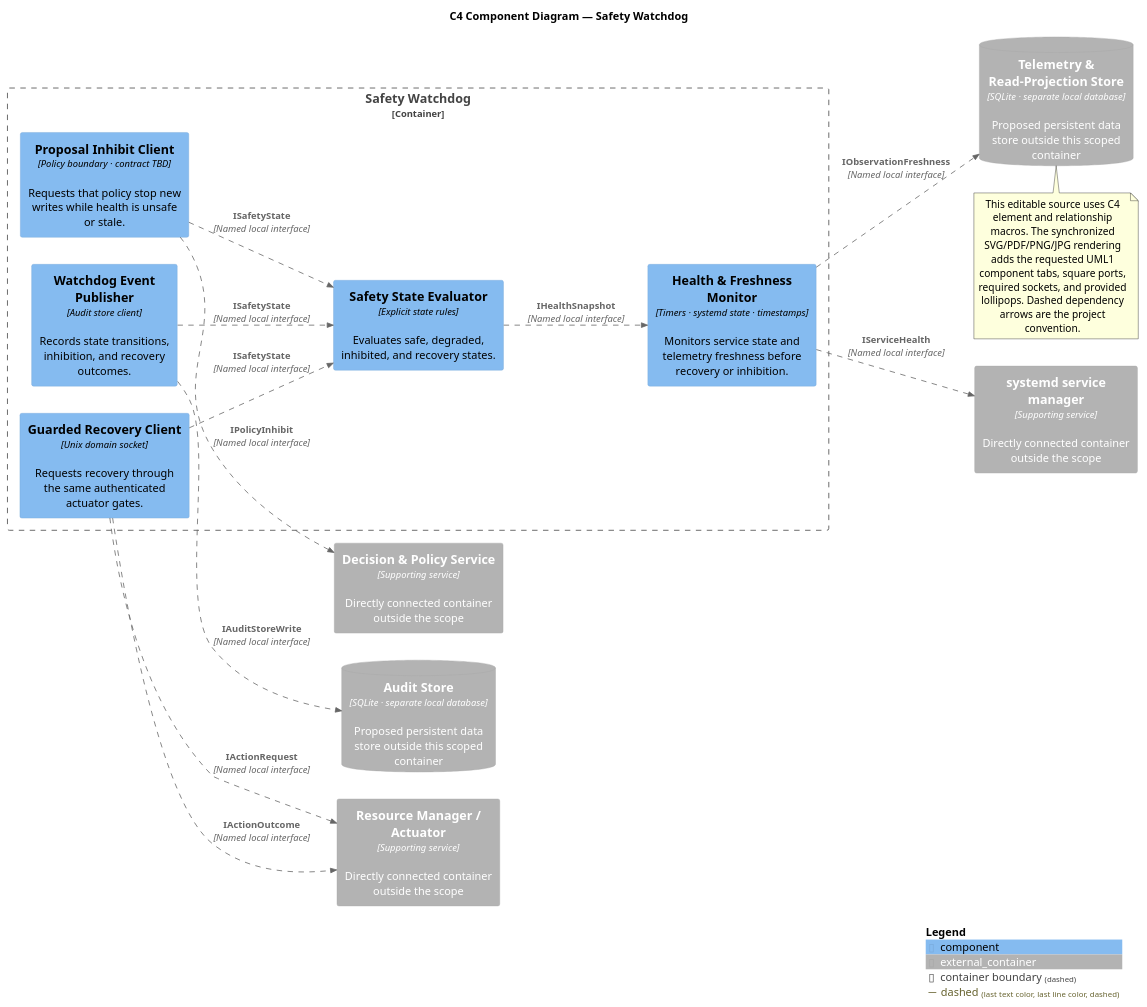
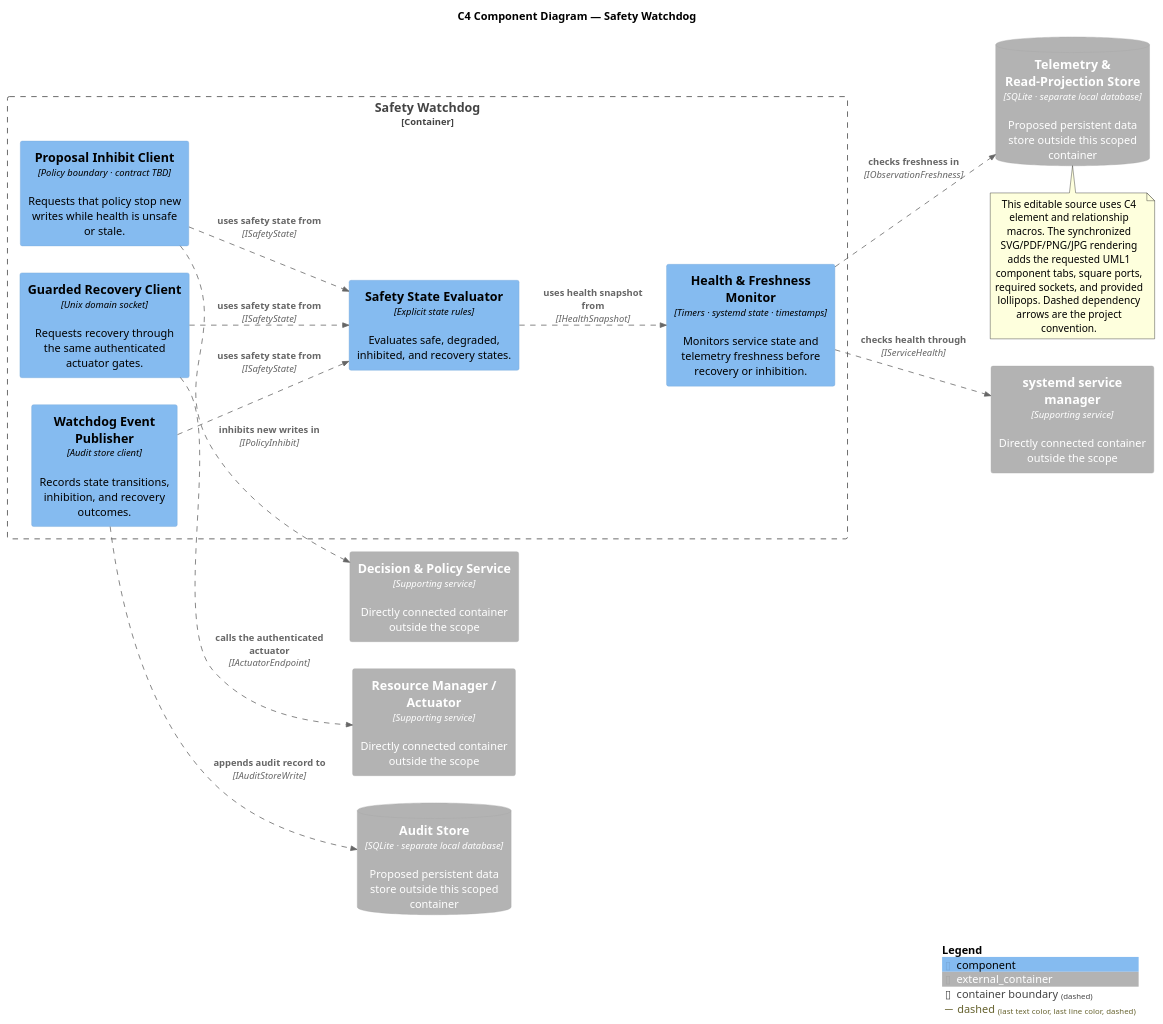
One commit to Ammar-M-Eid/AIOS changed the diagram in documentation/architecture/c4/09_c4_safety_watchdog_components.puml. Above: the diagram before and after it, drawn with PlantUML. The commit also changed 30 other files, not shown here.

```diff
--- a/documentation/architecture/c4/09_c4_safety_watchdog_components.puml
+++ b/documentation/architecture/c4/09_c4_safety_watchdog_components.puml
@@ -1,33 +1,32 @@
 @startuml
 !include <C4/C4_Component>
 skinparam componentStyle uml1
 title C4 Component Diagram — Safety Watchdog
 LAYOUT_LEFT_RIGHT()
 AddRelTag("dashed", $lineStyle=DashedLine())
 Container_Boundary(scope, "Safety Watchdog") {
   Component(C1, "Health & Freshness Monitor", "Timers · systemd state · timestamps", "Monitors service state and telemetry freshness before recovery or inhibition.")
   Component(C2, "Safety State Evaluator", "Explicit state rules", "Evaluates safe, degraded, inhibited, and recovery states.")
   Component(C3, "Proposal Inhibit Client", "Policy boundary · contract TBD", "Requests that policy stop new writes while health is unsafe or stale.")
   Component(C4, "Guarded Recovery Client", "Unix domain socket", "Requests recovery through the same authenticated actuator gates.")
   Component(C5, "Watchdog Event Publisher", "Audit store client", "Records state transitions, inhibition, and recovery outcomes.")
 }
 Container_Ext(S1, "Decision & Policy Service", "Supporting service", "Directly connected container outside the scope")
 Container_Ext(S2, "Resource Manager / Actuator", "Supporting service", "Directly connected container outside the scope")
 ContainerDb_Ext(S3, "Audit Store", "SQLite · separate local database", "Proposed persistent data store outside this scoped container")
 Container_Ext(S4, "systemd service manager", "Supporting service", "Directly connected container outside the scope")
 ContainerDb_Ext(S5, "Telemetry & Read-Projection Store", "SQLite · separate local database", "Proposed persistent data store outside this scoped container")
-Rel(C2, C1, "IHealthSnapshot", "Named local interface", $tags="dashed")
-Rel(C3, C2, "ISafetyState", "Named local interface", $tags="dashed")
-Rel(C4, C2, "ISafetyState", "Named local interface", $tags="dashed")
-Rel(C3, S1, "IPolicyInhibit", "Named local interface", $tags="dashed")
-Rel(C4, S2, "IActionRequest", "Named local interface", $tags="dashed")
-Rel(C4, S2, "IActionOutcome", "Named local interface", $tags="dashed")
-Rel(C5, C2, "ISafetyState", "Named local interface", $tags="dashed")
-Rel(C5, S3, "IAuditStoreWrite", "Named local interface", $tags="dashed")
-Rel(C1, S4, "IServiceHealth", "Named local interface", $tags="dashed")
-Rel(C1, S5, "IObservationFreshness", "Named local interface", $tags="dashed")
+Rel(C2, C1, "uses health snapshot from", "IHealthSnapshot", $tags="dashed")
+Rel(C3, C2, "uses safety state from", "ISafetyState", $tags="dashed")
+Rel(C4, C2, "uses safety state from", "ISafetyState", $tags="dashed")
+Rel(C3, S1, "inhibits new writes in", "IPolicyInhibit", $tags="dashed")
+Rel(C4, S2, "calls the authenticated actuator", "IActuatorEndpoint", $tags="dashed")
+Rel(C5, C2, "uses safety state from", "ISafetyState", $tags="dashed")
+Rel(C5, S3, "appends audit record to", "IAuditStoreWrite", $tags="dashed")
+Rel(C1, S4, "checks health through", "IServiceHealth", $tags="dashed")
+Rel(C1, S5, "checks freshness in", "IObservationFreshness", $tags="dashed")
 note bottom
 This editable source uses C4 element and relationship macros. The synchronized SVG/PDF/PNG/JPG rendering adds the requested UML1 component tabs, square ports, required sockets, and provided lollipops. Dashed dependency arrows are the project convention.
 end note
 SHOW_LEGEND()
 @enduml
```
